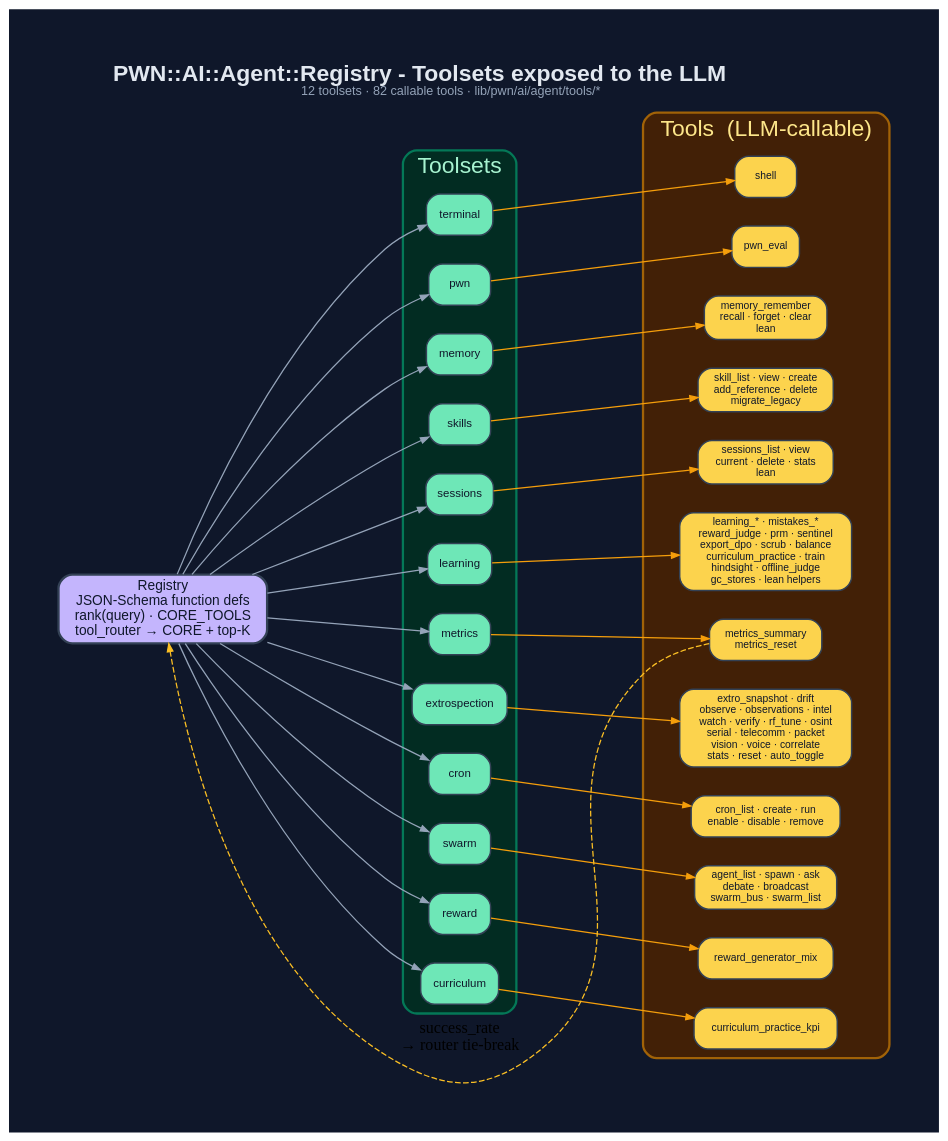
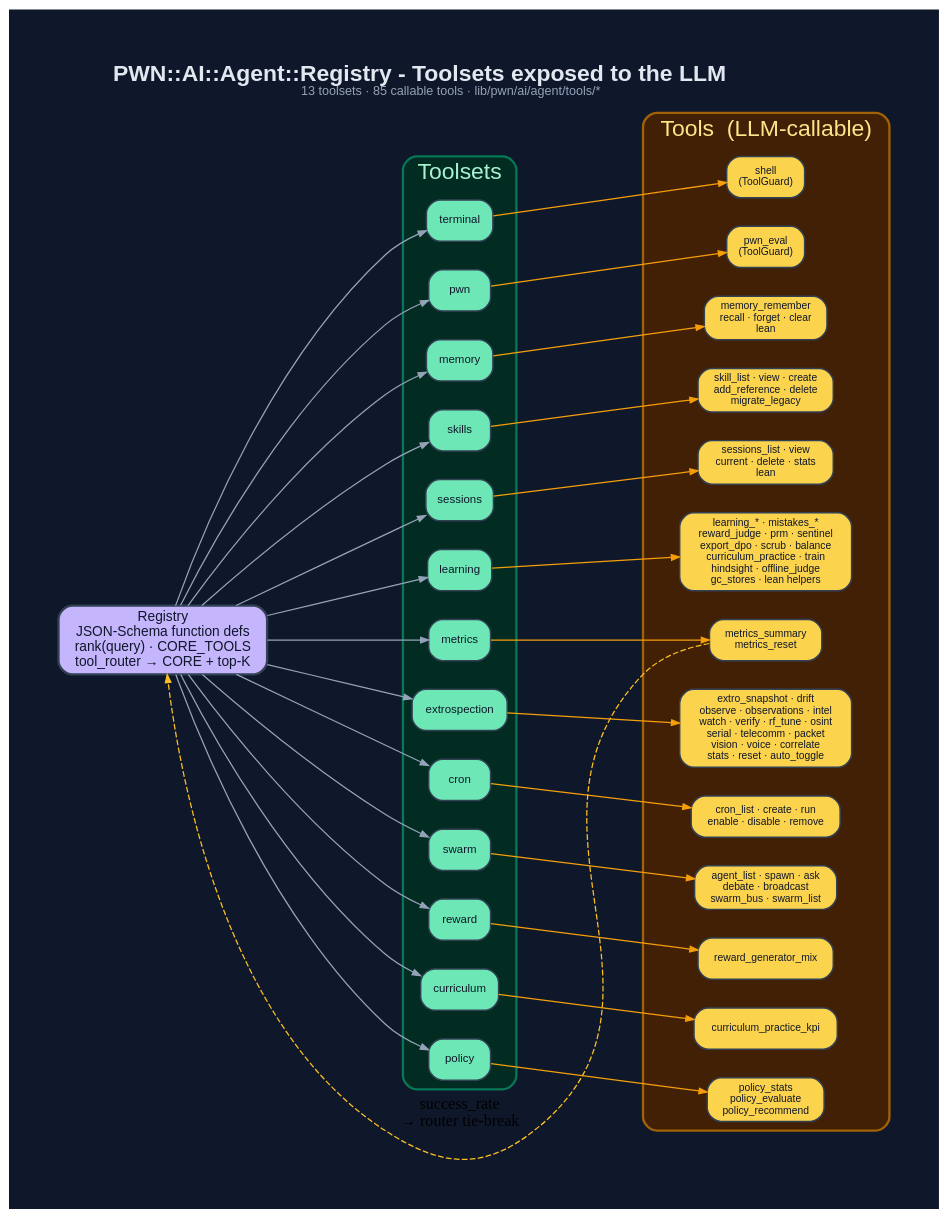
The diagram in documentation/diagrams/dot/agent-tool-registry.dot (0dayInc/pwn), drawn with Graphviz before and after one commit. The commit also changed 57 other files, not shown here.

```diff
--- a/documentation/diagrams/dot/agent-tool-registry.dot
+++ b/documentation/diagrams/dot/agent-tool-registry.dot
@@ -1,68 +1,71 @@
 digraph "PWN_Agent_Tool_Registry" {
   graph [
-    label=<<B>PWN::AI::Agent::Registry - Toolsets exposed to the LLM</B><BR/><FONT POINT-SIZE="11" COLOR="#94a3b8">12 toolsets · 82 callable tools · lib/pwn/ai/agent/tools/*</FONT>>,
+    label=<<B>PWN::AI::Agent::Registry - Toolsets exposed to the LLM</B><BR/><FONT POINT-SIZE="11" COLOR="#94a3b8">13 toolsets · 85 callable tools · lib/pwn/ai/agent/tools/*</FONT>>,
     labelloc=t, fontsize=20, fontname="Helvetica",
     rankdir=LR, splines=spline, nodesep=0.35, ranksep=1.4,
     bgcolor="#0f172a", fontcolor="#e2e8f0", pad=0.6, newrank=true
   ];
   node [fontname="Helvetica", fontsize=10, style="filled,rounded",
         shape=box, penwidth=1.3, color="#334155", fontcolor="#0f172a"];
   edge [color="#94a3b8", penwidth=1.1, arrowsize=0.7];
 
   Registry [label="Registry\nJSON-Schema function defs\nrank(query) · CORE_TOOLS\ntool_router → CORE + top-K", fillcolor="#c4b5fd", fontsize=12, penwidth=2];
 
   subgraph cluster_ts {
     label="Toolsets"; fontcolor="#a7f3d0"; style=rounded;
     color="#047857"; bgcolor="#022c22"; penwidth=2;
     terminal [label="terminal", fillcolor="#6ee7b7"];
     pwn      [label="pwn",      fillcolor="#6ee7b7"];
     memory   [label="memory",   fillcolor="#6ee7b7"];
     skills   [label="skills",   fillcolor="#6ee7b7"];
     sessions [label="sessions", fillcolor="#6ee7b7"];
     learning [label="learning", fillcolor="#6ee7b7"];
     metrics  [label="metrics",  fillcolor="#6ee7b7"];
     extro    [label="extrospection", fillcolor="#6ee7b7"];
     cron     [label="cron",     fillcolor="#6ee7b7"];
     swarm    [label="swarm",    fillcolor="#6ee7b7"];
     reward   [label="reward",   fillcolor="#6ee7b7"];
     curric   [label="curriculum", fillcolor="#6ee7b7"];
+    policy   [label="policy",   fillcolor="#6ee7b7"];
   }
 
   subgraph cluster_tools {
     label="Tools  (LLM-callable)"; fontcolor="#fde68a"; style=rounded;
     color="#a16207"; bgcolor="#422006"; penwidth=2;
     node [fillcolor="#fcd34d", fontsize=9];
-    t_shell   [label="shell"];
-    t_eval    [label="pwn_eval"];
+    t_shell   [label="shell\n(ToolGuard)"];
+    t_eval    [label="pwn_eval\n(ToolGuard)"];
     t_mem     [label="memory_remember\nrecall · forget · clear\nlean"];
     t_skill   [label="skill_list · view · create\nadd_reference · delete\nmigrate_legacy"];
     t_sess    [label="sessions_list · view\ncurrent · delete · stats\nlean"];
     t_learn   [label="learning_* · mistakes_*\nreward_judge · prm · sentinel\nexport_dpo · scrub · balance\ncurriculum_practice · train\nhindsight · offline_judge\ngc_stores · lean helpers"];
     t_metric  [label="metrics_summary\nmetrics_reset"];
     t_extro   [label="extro_snapshot · drift\nobserve · observations · intel\nwatch · verify · rf_tune · osint\nserial · telecomm · packet\nvision · voice · correlate\nstats · reset · auto_toggle"];
     t_cron    [label="cron_list · create · run\nenable · disable · remove"];
     t_swarm   [label="agent_list · spawn · ask\ndebate · broadcast\nswarm_bus · swarm_list"];
     t_reward  [label="reward_generator_mix"];
     t_curric  [label="curriculum_practice_kpi"];
+    t_policy  [label="policy_stats\npolicy_evaluate\npolicy_recommend"];
   }
 
   Registry -> terminal; Registry -> pwn; Registry -> memory;
   Registry -> skills; Registry -> sessions; Registry -> learning;
   Registry -> metrics; Registry -> extro; Registry -> cron; Registry -> swarm;
-  Registry -> reward; Registry -> curric;
+  Registry -> reward; Registry -> curric; Registry -> policy;
 
   terminal -> t_shell  [color="#f59e0b"];
   pwn      -> t_eval   [color="#f59e0b"];
   memory   -> t_mem    [color="#f59e0b"];
   skills   -> t_skill  [color="#f59e0b"];
   sessions -> t_sess   [color="#f59e0b"];
   learning -> t_learn  [color="#f59e0b"];
   metrics  -> t_metric [color="#f59e0b"];
   extro    -> t_extro  [color="#f59e0b"];
   cron     -> t_cron   [color="#f59e0b"];
   swarm    -> t_swarm  [color="#f59e0b"];
   reward   -> t_reward [color="#f59e0b"];
+  policy   -> t_policy [color="#f59e0b"];
   curric   -> t_curric [color="#f59e0b"];
 
   t_metric -> Registry [label="success_rate\n→ router tie-break", style=dashed, color="#fbbf24", constraint=false];
 }
```
